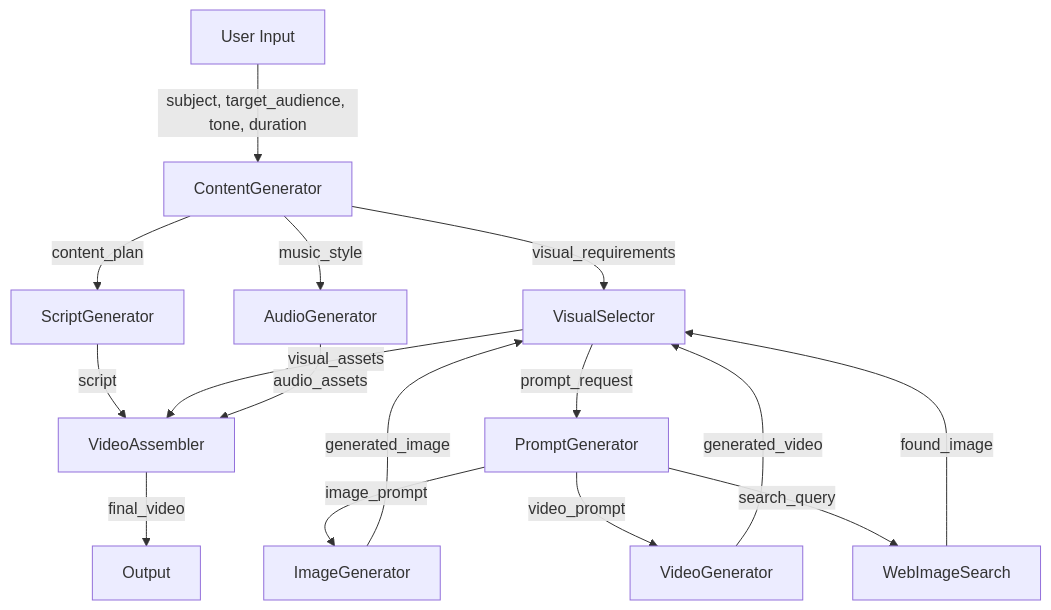
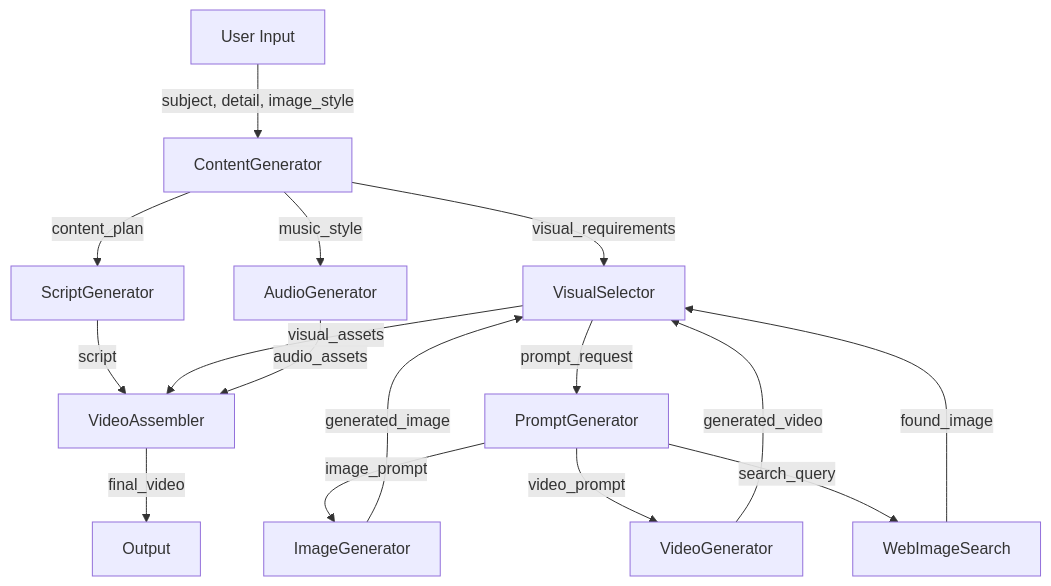
One commit to taigi0315/ShortFactory changed the first of 10 diagrams in docs/ARCHITECTURE.md. Above: the diagram before and after it, drawn with Mermaid. The commit also changed other lines of this file and 12 other files, not shown here.

````diff
--- a/docs/ARCHITECTURE.md
+++ b/docs/ARCHITECTURE.md
@@ -5,20 +5,20 @@
 ```mermaid
 graph TD
-    A[User Input] -->|subject, target_audience, tone, duration| B[ContentGenerator]
+    A[User Input] -->|subject, detail, image_style| B[ContentGenerator]
     B -->|content_plan| C[ScriptGenerator]
     B -->|visual_requirements| D[VisualSelector]
     B -->|music_style| E[AudioGenerator]
     C -->|script| F[VideoAssembler]
     D -->|visual_assets| F
     E -->|audio_assets| F
     F -->|final_video| G[Output]
     
     D -->|prompt_request| H[PromptGenerator]
     H -->|image_prompt| I[ImageGenerator]
     H -->|video_prompt| J[VideoGenerator]
     H -->|search_query| K[WebImageSearch]
     
     I -->|generated_image| D
     J -->|generated_video| D
     K -->|found_image| D
 ```
````
